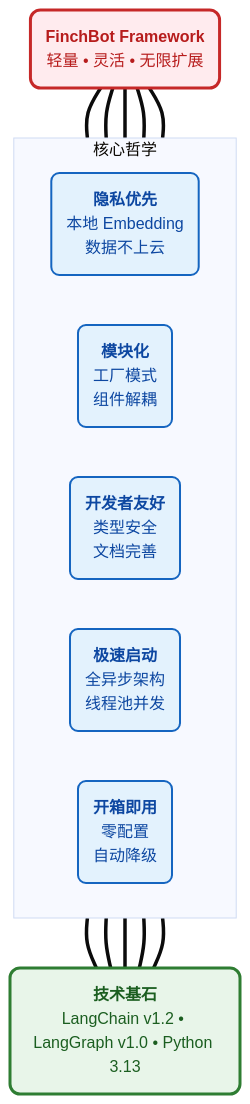
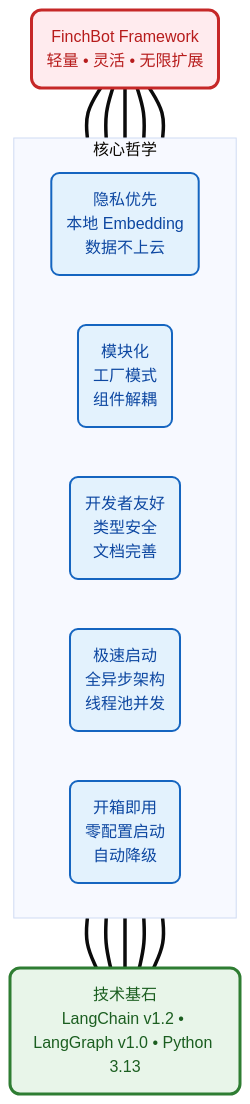
Before and after one commit to xt765/FinchBot: the first of 8 diagrams in docs/zh-CN/blog/finchbot-flexible-ai-agent-framework.md, drawn with Mermaid (base theme). The commit also changed other lines of this file, not shown here.

````diff
--- a/docs/zh-CN/blog/finchbot-flexible-ai-agent-framework.md
+++ b/docs/zh-CN/blog/finchbot-flexible-ai-agent-framework.md
@@ -66,22 +67,22 @@
 ```mermaid
 graph BT
     classDef roof fill:#ffebee,stroke:#c62828,stroke-width:3px,color:#b71c1c,rx:10,ry:10;
     classDef pillar fill:#e3f2fd,stroke:#1565c0,stroke-width:2px,color:#0d47a1,rx:8,ry:8;
     classDef base fill:#e8f5e9,stroke:#2e7d32,stroke-width:3px,color:#1b5e20,rx:10,ry:10;
 
-    Roof("<b>FinchBot Framework</b><br/>轻量 • 灵活 • 无限扩展"):::roof
+    Roof("FinchBot Framework<br/>轻量 • 灵活 • 无限扩展"):::roof
 
     subgraph Pillars [核心哲学]
         direction LR
-        P("<b>隐私优先</b><br/>本地 Embedding<br/>数据不上云"):::pillar
-        M("<b>模块化</b><br/>工厂模式<br/>组件解耦"):::pillar
-        D("<b>开发者友好</b><br/>类型安全<br/>文档完善"):::pillar
-        S("<b>极速启动</b><br/>全异步架构<br/>线程池并发"):::pillar
-        O("<b>开箱即用</b><br/>零配置<br/>自动降级"):::pillar
+        P("隐私优先<br/>本地 Embedding<br/>数据不上云"):::pillar
+        M("模块化<br/>工厂模式<br/>组件解耦"):::pillar
+        D("开发者友好<br/>类型安全<br/>文档完善"):::pillar
+        S("极速启动<br/>全异步架构<br/>线程池并发"):::pillar
+        O("开箱即用<br/>零配置启动<br/>自动降级"):::pillar
     end
 
-    Base("<b>技术基石</b><br/>LangChain v1.2 • LangGraph v1.0 • Python 3.13"):::base
+    Base("技术基石<br/>LangChain v1.2 • LangGraph v1.0 • Python 3.13"):::base
 
     Base === P & M & D & S & O
     P & M & D & S & O === Roof
 ```
````
